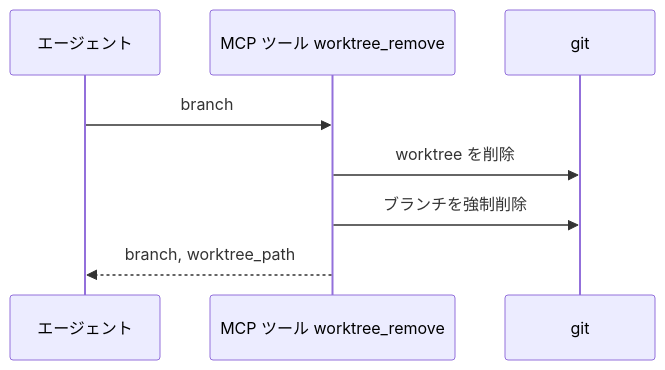
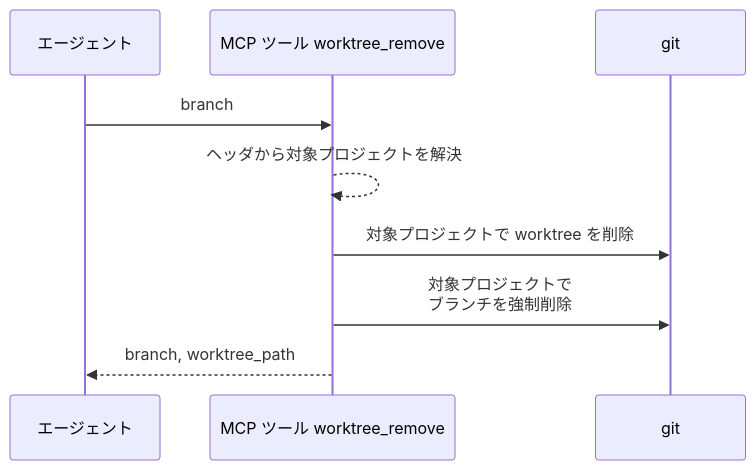
One commit to shuhei1101/ai-monitor changed the first of 3 diagrams in docs/wiki/設計図/バックエンド結合/worktree削除.py.md. Above: the diagram before and after it, drawn with Mermaid. The commit also changed other lines of this file and 12 other files, not shown here.

````diff
--- a/docs/wiki/設計図/バックエンド結合/worktree削除.py.md
+++ b/docs/wiki/設計図/バックエンド結合/worktree削除.py.md
@@ -70,11 +76,12 @@
 ```mermaid
 sequenceDiagram
   participant A as エージェント
   participant T as MCP ツール worktree_remove
   participant G as git
 
   A->>T: branch
-  T->>G: worktree を削除
-  T->>G: ブランチを強制削除
+  T-->>T: ヘッダから対象プロジェクトを解決
+  T->>G: 対象プロジェクトで worktree を削除
+  T->>G: 対象プロジェクトで<br>ブランチを強制削除
   T-->>A: branch, worktree_path
 ```
````
